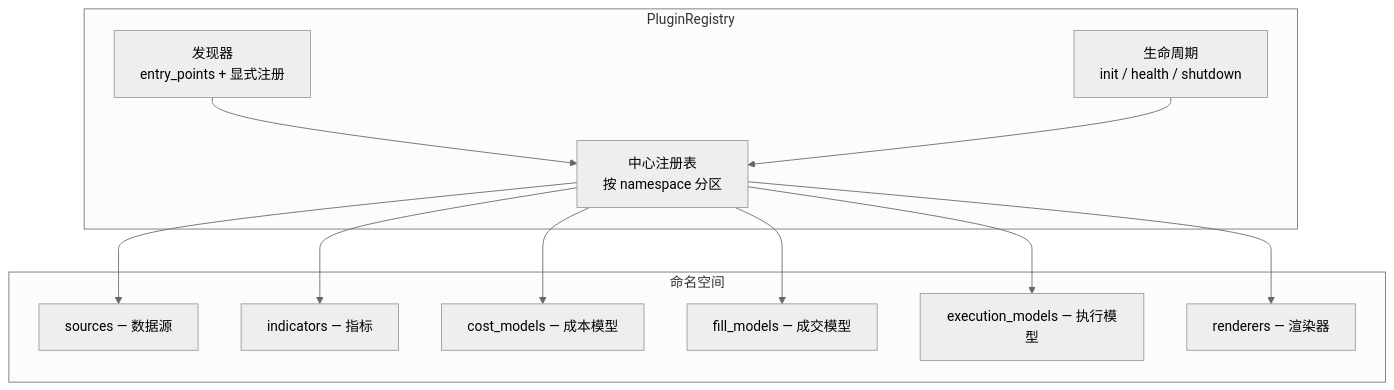
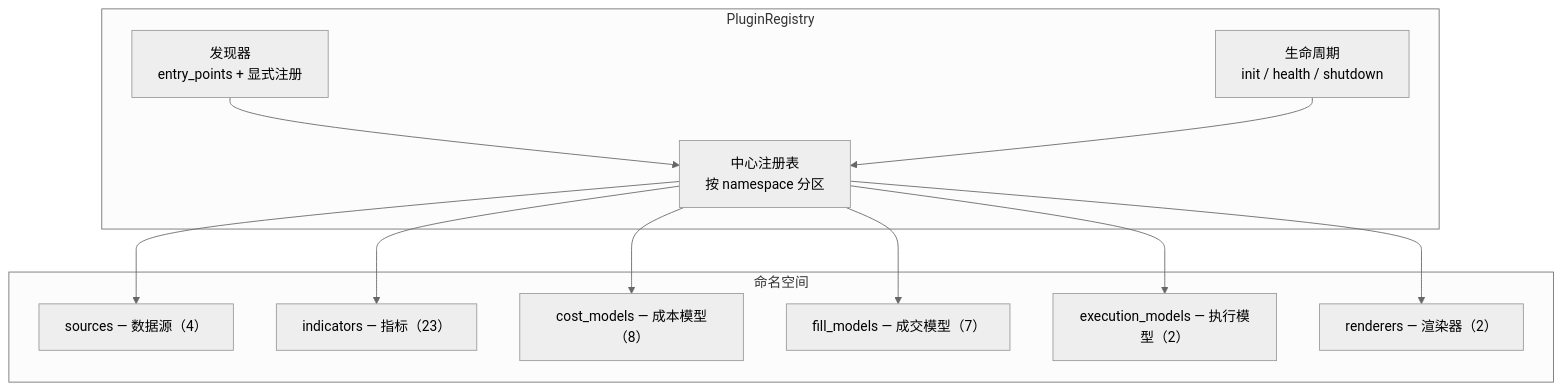
Before and after one commit to RESBI/StockStatistic: the fourth of 6 diagrams in DESIGN_CN.md, drawn with Mermaid (neutral theme). The commit also changed other lines of this file and 24 other files, not shown here.

````diff
--- a/DESIGN_CN.md
+++ b/DESIGN_CN.md
@@ -215,21 +312,21 @@
 ```mermaid
 graph TB
     subgraph "PluginRegistry"
         REG["中心注册表<br/>按 namespace 分区"]
         DISC["发现器<br/>entry_points + 显式注册"]
         LIFE["生命周期<br/>init / health / shutdown"]
     end
 
     subgraph "命名空间"
-        NS1["sources — 数据源"]
-        NS2["indicators — 指标"]
-        NS3["cost_models — 成本模型"]
-        NS4["fill_models — 成交模型"]
-        NS5["execution_models — 执行模型"]
-        NS6["renderers — 渲染器"]
+        NS1["sources — 数据源（4）"]
+        NS2["indicators — 指标（23）"]
+        NS3["cost_models — 成本模型（8）"]
+        NS4["fill_models — 成交模型（7）"]
+        NS5["execution_models — 执行模型（2）"]
+        NS6["renderers — 渲染器（2）"]
     end
 
     DISC --> REG
     REG --> NS1 & NS2 & NS3 & NS4 & NS5 & NS6
     LIFE --> REG
 ```
````
